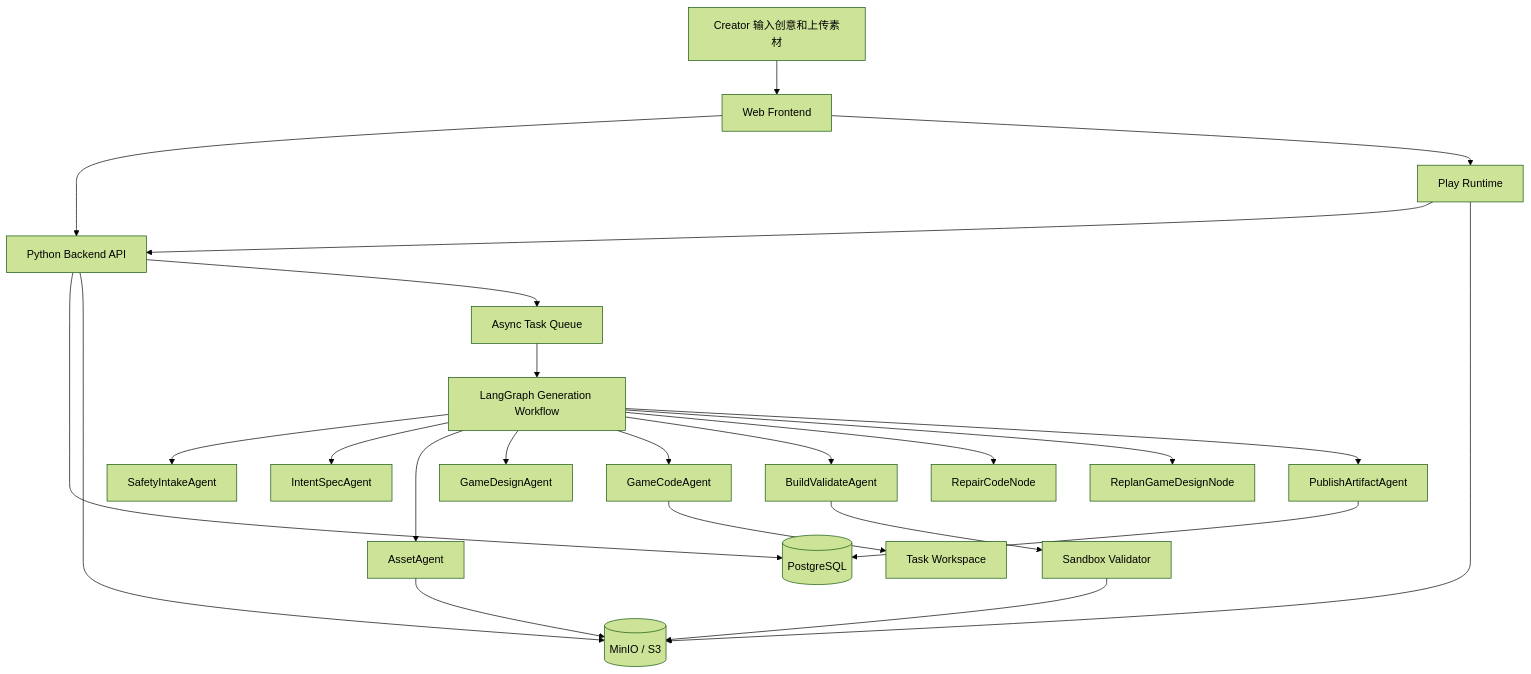
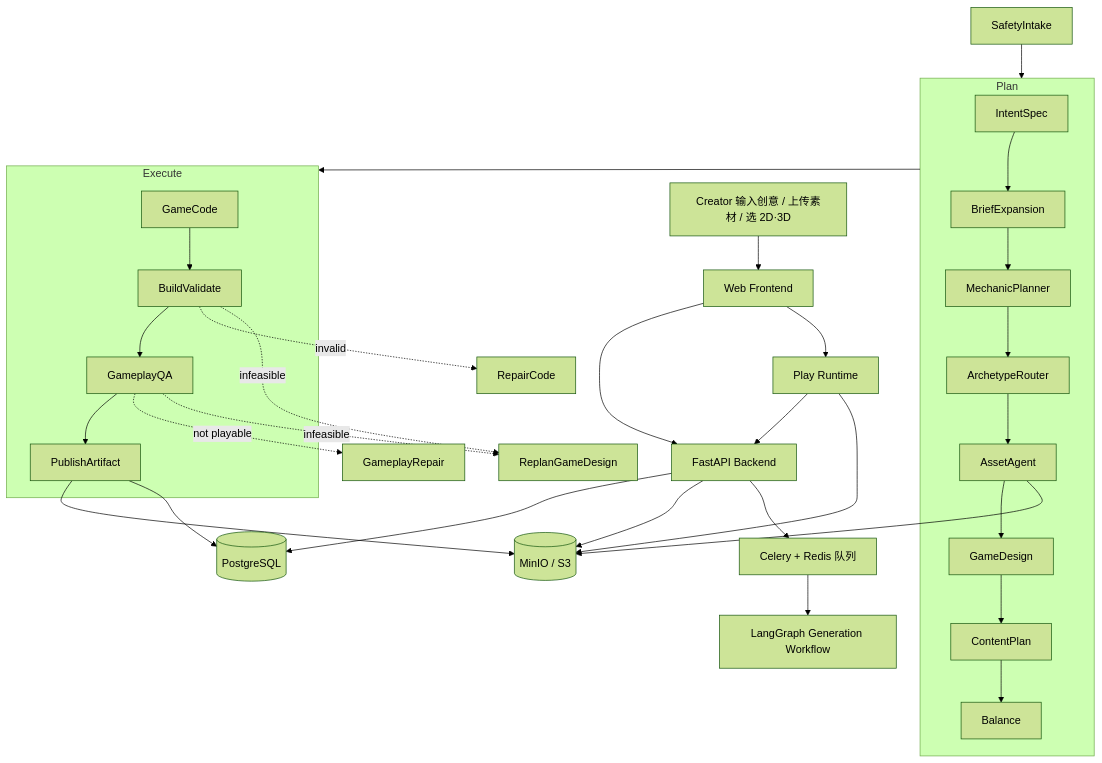
One commit to charlie11sun-netizen/yahaha changed the first of 3 diagrams in docs/multi-agent_design.md. Above: the diagram before and after it, drawn with Mermaid (forest theme). The commit also changed other lines of this file and 1 other file, not shown here.

First line of the commit message:
docs: sync multi-agent design to current implementation

````diff
--- a/docs/multi-agent_design.md
+++ b/docs/multi-agent_design.md
@@ -221,31 +195,32 @@
 ```mermaid
 flowchart TD
-  U[Creator 输入创意和上传素材] --> FE[Web Frontend]
-  FE --> API[Python Backend API]
+  U[Creator 输入创意 / 上传素材 / 选 2D·3D] --> FE[Web Frontend]
+  FE --> API[FastAPI Backend]
 
   API --> DB[(PostgreSQL)]
   API --> OSS[(MinIO / S3)]
-  API --> Q[Async Task Queue]
+  API --> Q[Celery + Redis 队列]
 
   Q --> LG[LangGraph Generation Workflow]
 
-  LG --> A0[SafetyIntakeAgent]
-  LG --> A1[IntentSpecAgent]
-  LG --> A2[AssetAgent]
-  LG --> A3[GameDesignAgent]
-  LG --> A4[GameCodeAgent]
-  LG --> A5[BuildValidateAgent]
-  LG --> A6[RepairCodeNode]
-  LG --> A7[ReplanGameDesignNode]
-  LG --> A8[PublishArtifactAgent]
+  subgraph Plan
+    A1[IntentSpec] --> A2[BriefExpansion] --> A3[MechanicPlanner] --> A4[ArchetypeRouter]
+    A4 --> A5[AssetAgent] --> A6[GameDesign] --> A7[ContentPlan] --> A8[Balance]
+  end
+  subgraph Execute
+    A9[GameCode] --> A10[BuildValidate] --> A11[GameplayQA] --> A12[PublishArtifact]
+  end
+  A0[SafetyIntake] --> Plan
+  Plan --> Execute
+  A10 -. invalid .-> RC[RepairCode]
+  A11 -. not playable .-> GR[GameplayRepair]
+  A10 & A11 -. infeasible .-> RP[ReplanGameDesign]
 
-  A2 --> OSS
-  A4 --> WS[Task Workspace]
-  A5 --> SB[Sandbox Validator]
-  SB --> OSS
-  A8 --> DB
+  A5 --> OSS
+  A12 --> OSS
+  A12 --> DB
 
   FE --> PLAY[Play Runtime]
   PLAY --> API
   PLAY --> OSS
 ```
````
